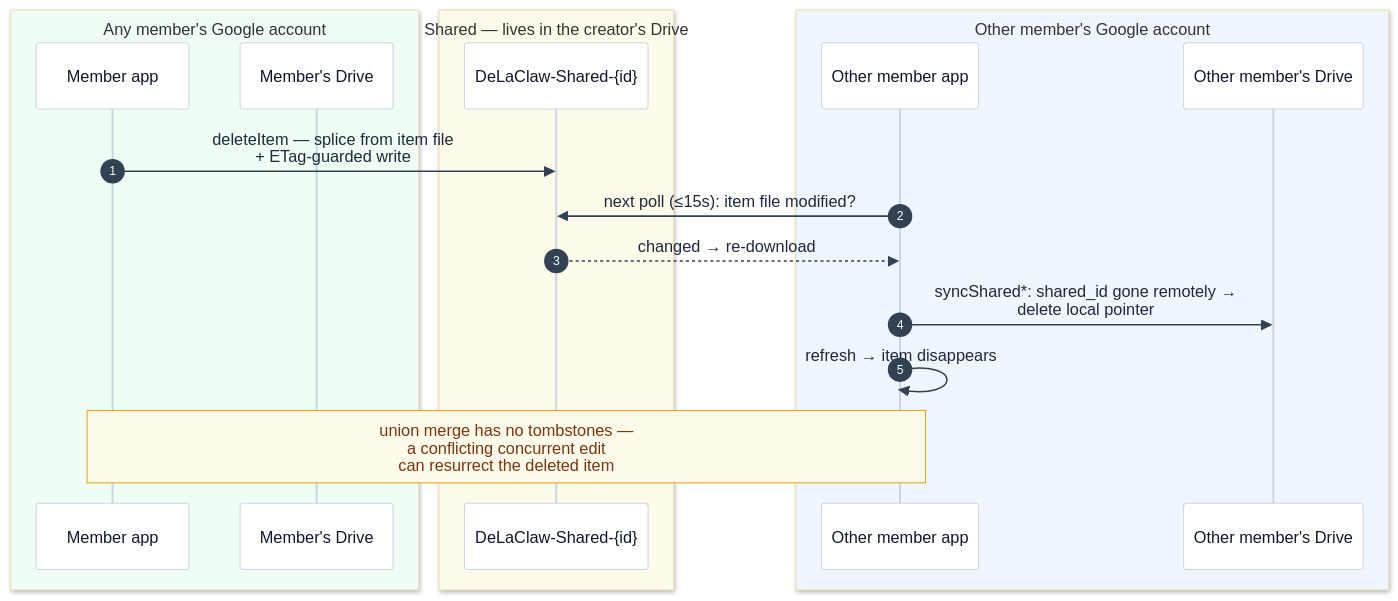
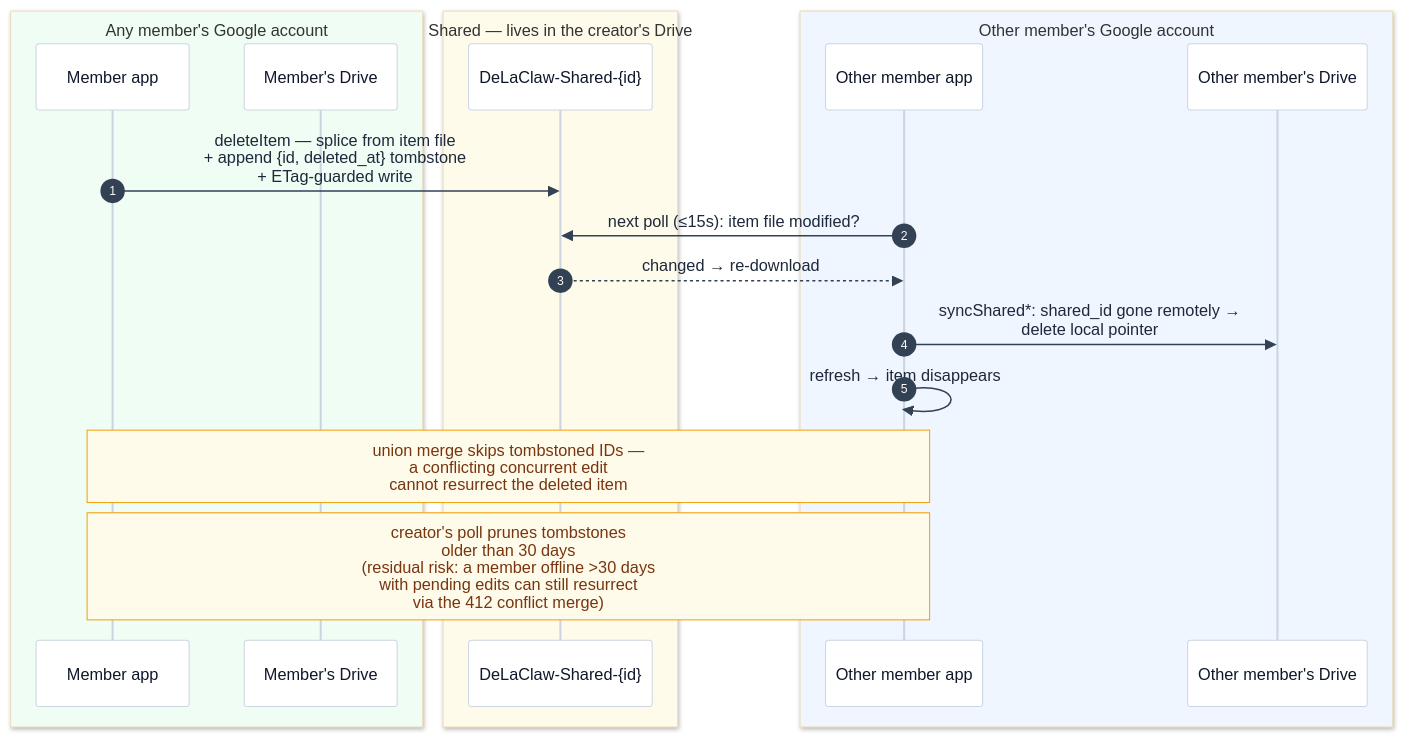
One commit to AntGro/DeLaClaw changed the fifth of 9 diagrams in docs-site/sharing.md. Above: the diagram before and after it, drawn with Mermaid. The commit also changed other lines of this file and 6 other files, not shown here.

First line of the commit message:
docs(sharing): target design — 14 decided questions in flows and contract

````diff
--- a/docs-site/sharing.md
+++ b/docs-site/sharing.md
@@ -224,23 +237,24 @@
 ```mermaid
 %%{init: {'theme': 'base', 'themeVariables': {'background': '#fbfaf8', 'actorBkg': '#ffffff', 'actorBorder': '#cbd5e1', 'actorTextColor': '#0f172a', 'actorLineColor': '#cbd5e1', 'signalColor': '#334155', 'signalTextColor': '#1e293b', 'noteBkgColor': '#fffbeb', 'noteBorderColor': '#f59e0b', 'noteTextColor': '#78350f', 'labelBoxBkgColor': '#0f172a', 'labelBoxBorderColor': '#0f172a', 'labelTextColor': '#ffffff'}}}%%
 sequenceDiagram
     autonumber
     box rgb(240,253,244) Any member's Google account
     participant MA as Member app
     participant MD as Member's Drive
     end
     box rgb(255,251,235) Shared — lives in the creator's Drive
     participant SF as DeLaClaw-Shared-{id}
     end
     box rgb(239,246,255) Other member's Google account
     participant OA as Other member app
     participant OD as Other member's Drive
     end
 
-    MA->>SF: deleteItem — splice from item file<br/>+ ETag-guarded write
+    MA->>SF: deleteItem — splice from item file<br/>+ append {id, deleted_at} tombstone<br/>+ ETag-guarded write
     OA->>SF: next poll (≤15s): item file modified?
     SF-->>OA: changed → re-download
     OA->>OD: syncShared*: shared_id gone remotely →<br/>delete local pointer
     OA->>OA: refresh → item disappears
-    Note over MA,OA: union merge has no tombstones —<br/>a conflicting concurrent edit<br/>can resurrect the deleted item
+    Note over MA,OA: union merge skips tombstoned IDs —<br/>a conflicting concurrent edit<br/>cannot resurrect the deleted item
+    Note over MA,OA: creator's poll prunes tombstones<br/>older than 30 days<br/>(residual risk: a member offline >30 days<br/>with pending edits can still resurrect<br/>via the 412 conflict merge)
 ```
````
